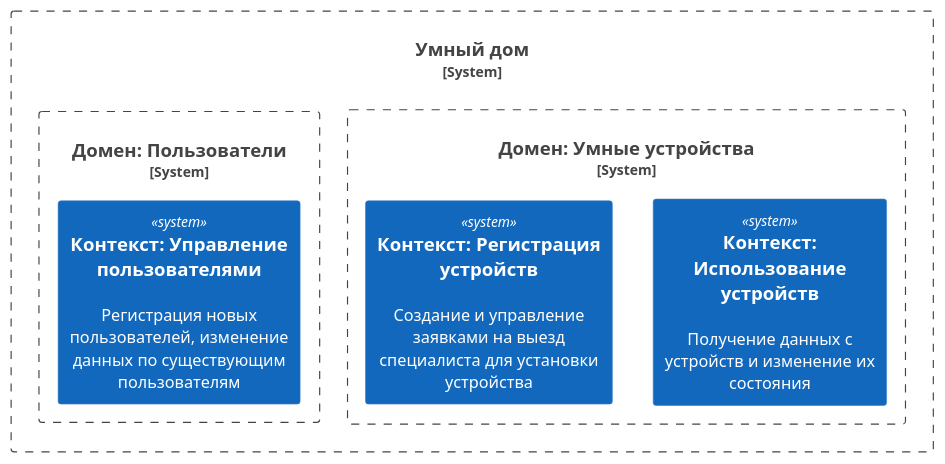
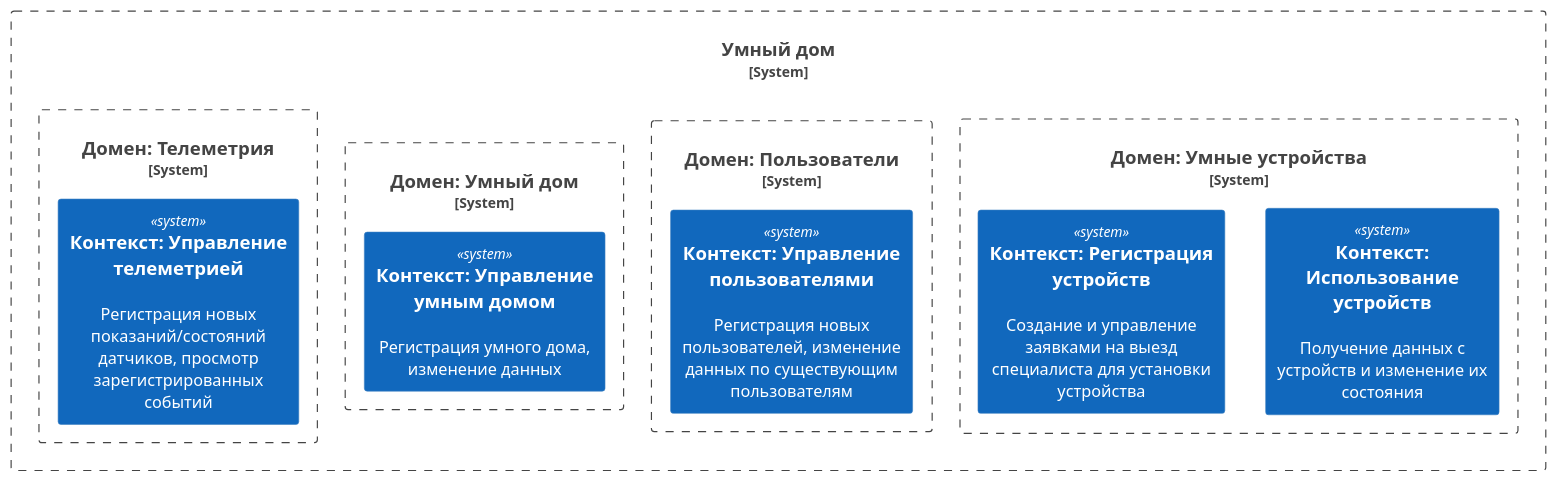
The diagram in diagrams/asis/domain/Domain.puml (indertan/architecture-sprint-3), drawn with PlantUML before and after one commit. The commit also changed 21 other files, not shown here.

```diff
--- a/diagrams/asis/domain/Domain.puml
+++ b/diagrams/asis/domain/Domain.puml
@@ -1,15 +1,23 @@
 @startuml
 
-!include <C4/C4_Container.puml>
+!include https://raw.githubusercontent.com/plantuml-stdlib/C4-PlantUML/release/v2.5.0/C4_Container.puml
 
 System_Boundary("SmartHome", "Умный дом") {
     System_Boundary("DeviceDomain", "Домен: Умные устройства") {
         System(ManageDevice, "Контекст: Использование устройств", "Получение данных с устройств и изменение их состояния")
         System(RegisterDevice, "Контекст: Регистрация устройств", "Создание и управление заявками на выезд специалиста для установки устройства")
     }
 
     System_Boundary("UserDomain", "Домен: Пользователи") {
         System(ManageUser, "Контекст: Управление пользователями", "Регистрация новых пользователей, изменение данных по существующим пользователям")
     }
+
+    System_Boundary("SmartHomeDomain", "Домен: Умный дом") {
+        System(ManageSmartHome, "Контекст: Управление умным домом", "Регистрация умного дома, изменение данных")
+    }
+
+    System_Boundary("TelemetryDomain", "Домен: Телеметрия") {
+        System(ManageTelemetry, "Контекст: Управление телеметрией", "Регистрация новых показаний/состояний датчиков, просмотр зарегистрированных событий")
+    }
 }
 @enduml
```
